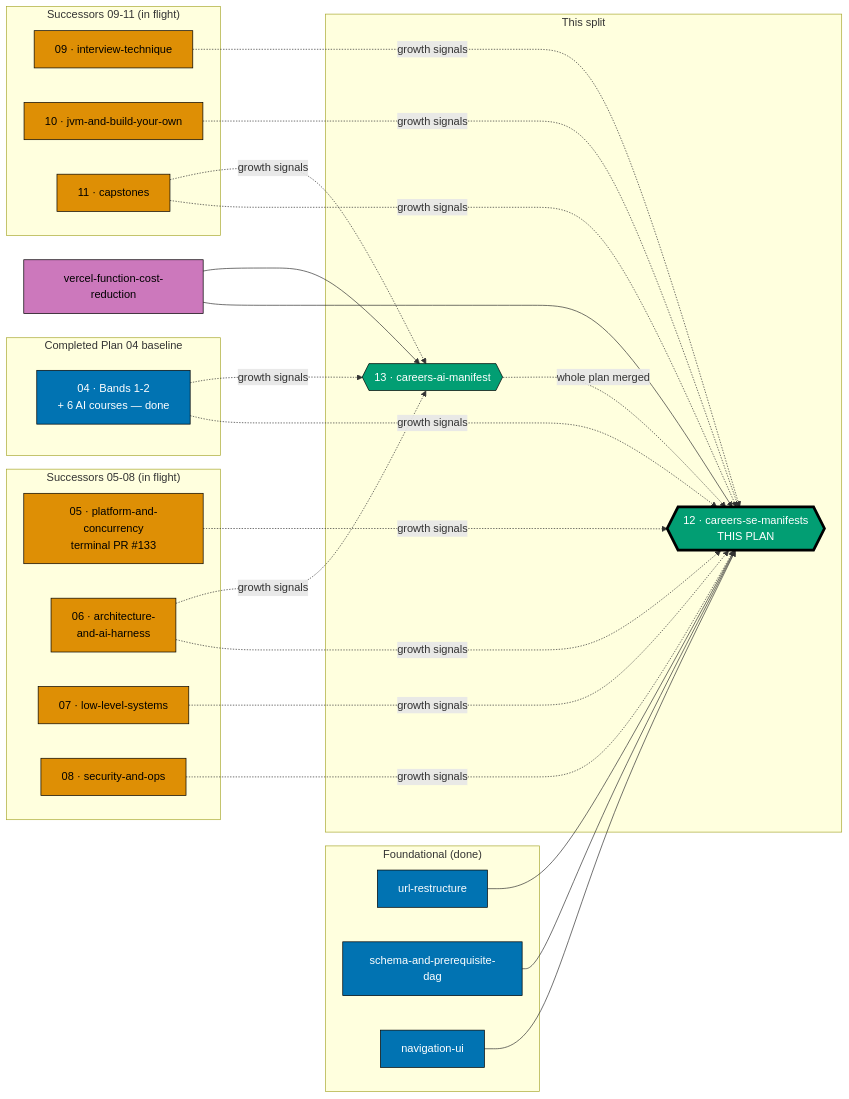
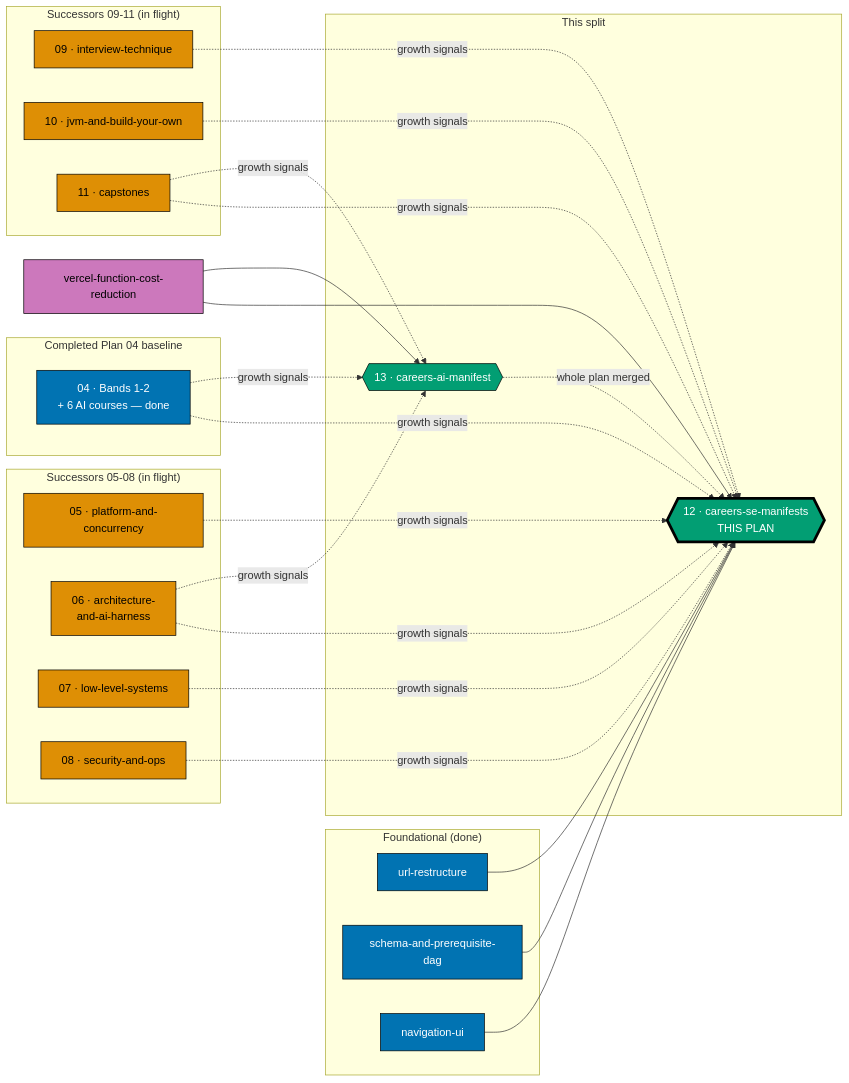
Before and after one commit to wahidyankf/open-sharia-fintech: the second of 3 diagrams in plans/backlog/ayokoding-learning-path-12-careers-se-manifests/README.md, drawn with Mermaid. The commit also changed other lines of this file and 1226 other files, not shown here.

````diff
--- a/plans/backlog/ayokoding-learning-path-12-careers-se-manifests/README.md
+++ b/plans/backlog/ayokoding-learning-path-12-careers-se-manifests/README.md
@@ -177,55 +177,55 @@
 ```mermaid
 %% Dependency position of this plan and its sibling within the programme.
 %% Node SHAPE encodes kind: rectangle = foundational/infra plan, stadium = course-authoring successor,
 %% hexagon = this split's two manifest plans.
 %% Edge STYLE encodes strength: solid = hard blocking edge, dotted = partial/staged edge.
 flowchart LR
     subgraph F["Foundational (done)"]
         P1["url-restructure"]:::done
         P2["schema-and-prerequisite-dag"]:::done
         P3["navigation-ui"]:::done
     end
     subgraph CA1Done["Completed Plan 04 baseline"]
         CA1["04 · Bands 1-2<br/>+ 6 AI courses — done"]:::done
     end
     subgraph CAEarly["Successors 05-08 (in flight)"]
-        CA2["05 · platform-and-concurrency<br/>terminal PR #133"]:::ca
+        CA2["05 · platform-and-concurrency"]:::ca
         CA3["06 · architecture-<br/>and-ai-harness"]:::ca
         CA4["07 · low-level-systems"]:::ca
         CA5["08 · security-and-ops"]:::ca
     end
     subgraph CALate["Successors 09-11 (in flight)"]
         CA6["09 · interview-technique"]:::ca
         CA7["10 · jvm-and-build-your-own"]:::ca
         CA8["11 · capstones"]:::ca
     end
     subgraph THIS["This split"]
         P12{{"12 · careers-se-manifests<br/>THIS PLAN"}}:::this
         P13{{"13 · careers-ai-manifest"}}:::sibling
     end
     VFC["vercel-function-cost-reduction"]:::infra
 
     P1 --> P12
     P2 --> P12
     P3 --> P12
     CA1 -.->|"growth signals"| P12
     CA2 -.->|"growth signals"| P12
     CA3 -.->|"growth signals"| P12
     CA4 -.->|"growth signals"| P12
     CA5 -.->|"growth signals"| P12
     CA6 -.->|"growth signals"| P12
     CA7 -.->|"growth signals"| P12
     CA8 -.->|"growth signals"| P12
     CA1 -.->|"growth signals"| P13
     CA3 -.->|"growth signals"| P13
     CA8 -.->|"growth signals"| P13
     VFC --> P12
     VFC --> P13
     P13 -.->|"whole plan merged"| P12
 
     classDef done fill:#0173B2,stroke:#000000,color:#FFFFFF
     classDef ca fill:#DE8F05,stroke:#000000,color:#000000
     classDef this fill:#029E73,stroke:#000000,color:#FFFFFF,stroke-width:4px
     classDef sibling fill:#029E73,stroke:#000000,color:#FFFFFF
     classDef infra fill:#CC78BC,stroke:#000000,color:#000000
 ```
````
